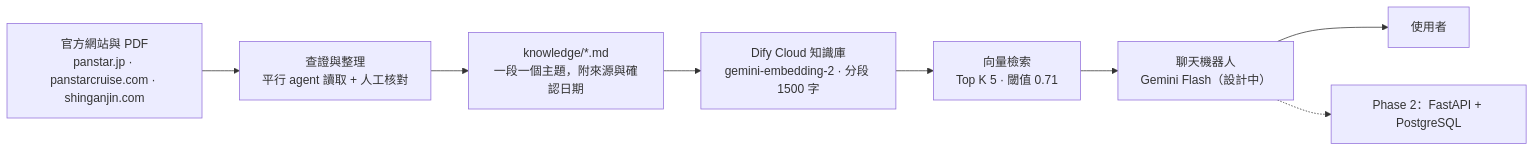
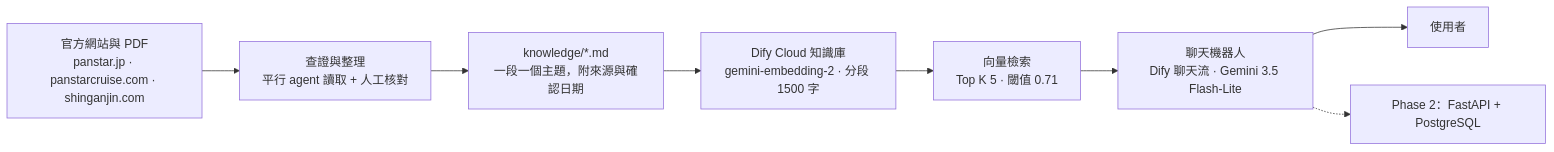
The first of 2 diagrams in README.md (atsushigo/japan-ferry-kb), drawn with Mermaid before and after one commit. The commit also changed other lines of this file and 2 other files, not shown here.

````diff
--- a/README.md
+++ b/README.md
@@ -23,10 +28,10 @@
 ```mermaid
 flowchart LR
   A["官方網站與 PDF<br/>panstar.jp · panstarcruise.com · shinganjin.com"] --> B["查證與整理<br/>平行 agent 讀取 + 人工核對"]
   B --> C["knowledge/*.md<br/>一段一個主題，附來源與確認日期"]
   C --> D["Dify Cloud 知識庫<br/>gemini-embedding-2 · 分段 1500 字"]
   D --> E["向量檢索<br/>Top K 5 · 閾值 0.71"]
-  E --> F["聊天機器人<br/>Gemini Flash（設計中）"]
+  E --> F["聊天機器人<br/>Dify 聊天流 · Gemini 3.5 Flash-Lite"]
   F --> G["使用者"]
   F -.-> H["Phase 2：FastAPI + PostgreSQL"]
 ```
````
